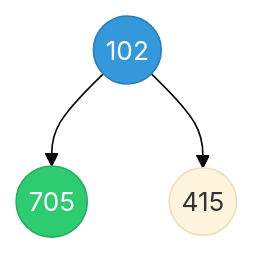
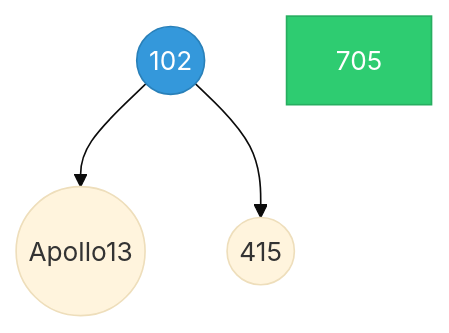
One commit to reyesmion/ai1 changed the diagram in graphs.md. Above: the diagram before and after it, drawn with Mermaid (base theme).

````diff
--- a/graphs.md
+++ b/graphs.md
@@ -2,8 +2,8 @@
 ```mermaid
 flowchart TD
-  102((102))-->705((705))
+  102((102))-->Apollo13((Apollo13))
   102((102))-->415((415))
 
   style 102 fill:#3498db,stroke:#2980b9,stroke-widht:2px,color:#fff
   style 705 fill:#2ecc71,stroke:#27ae60,stroke-widht:2px,color:#fff
 ```
````
